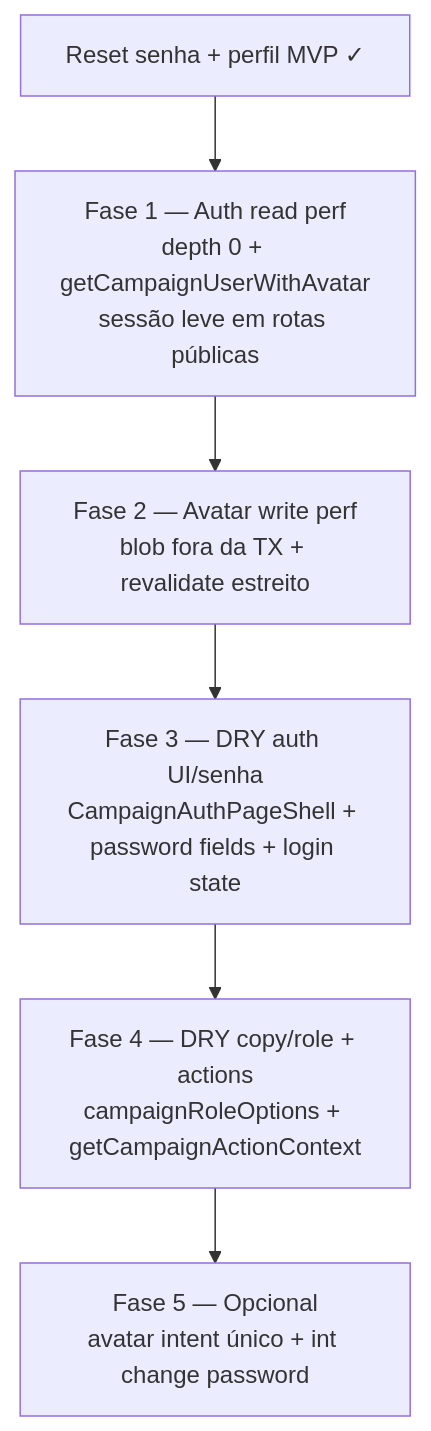
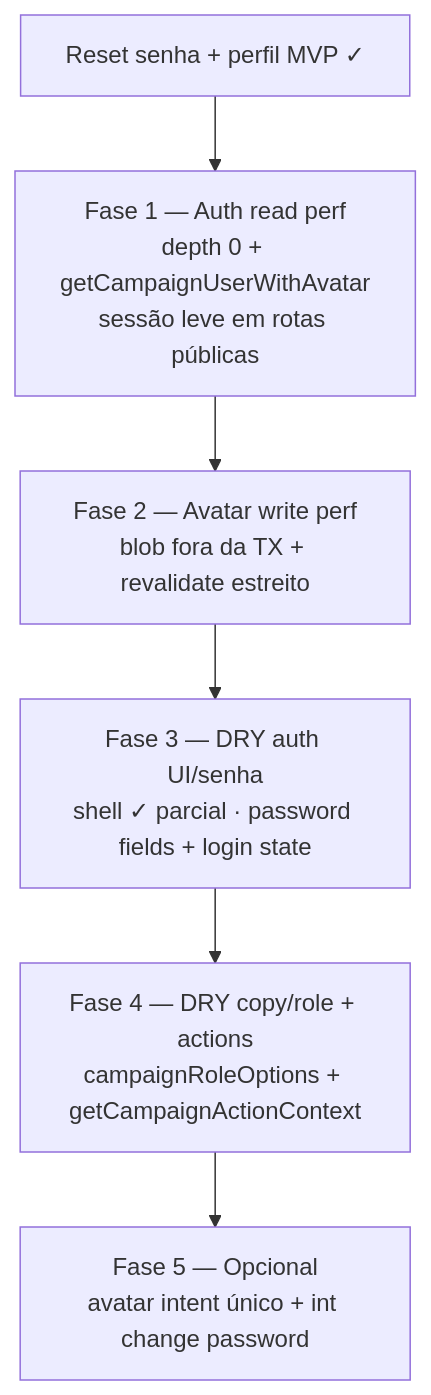
One commit to fsolla/teqo changed the diagram in docs/plans/escala-dry-pos-reset-senha-perfil.md. Above: the diagram before and after it, drawn with Mermaid. The commit also changed other lines of this file and 13 other files, not shown here.

````diff
--- a/docs/plans/escala-dry-pos-reset-senha-perfil.md
+++ b/docs/plans/escala-dry-pos-reset-senha-perfil.md
@@ -40,9 +42,9 @@
 ```mermaid
 flowchart TD
     RS["Reset senha + perfil MVP ✓"] --> F1
     F1["Fase 1 — Auth read perf<br/>depth 0 + getCampaignUserWithAvatar<br/>sessão leve em rotas públicas"]
     F1 --> F2["Fase 2 — Avatar write perf<br/>blob fora da TX + revalidate estreito"]
-    F2 --> F3["Fase 3 — DRY auth UI/senha<br/>CampaignAuthPageShell + password fields + login state"]
+    F2 --> F3["Fase 3 — DRY auth UI/senha<br/>shell ✓ parcial · password fields + login state"]
     F3 --> F4["Fase 4 — DRY copy/role + actions<br/>campaignRoleOptions + getCampaignActionContext"]
     F4 --> F5["Fase 5 — Opcional<br/>avatar intent único + int change password"]
 ```
````
